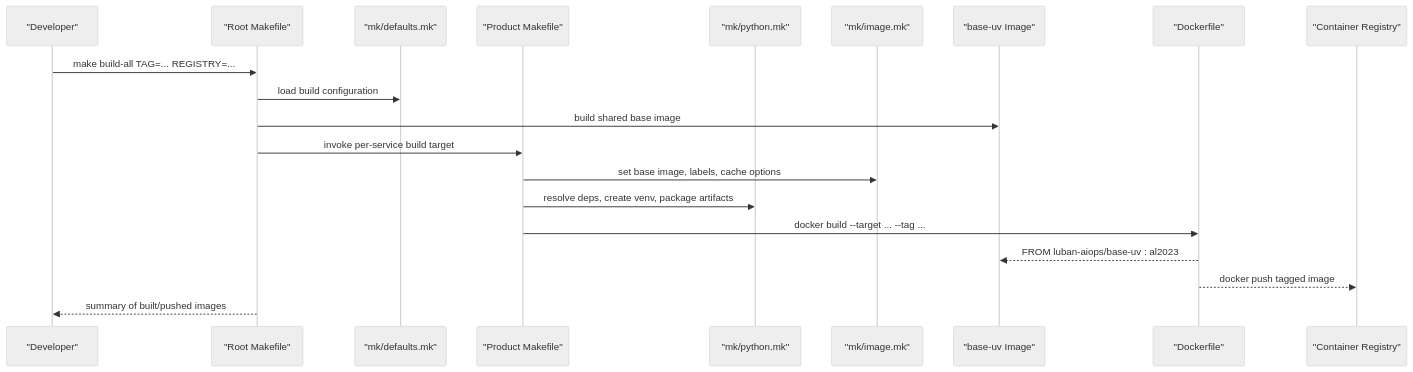
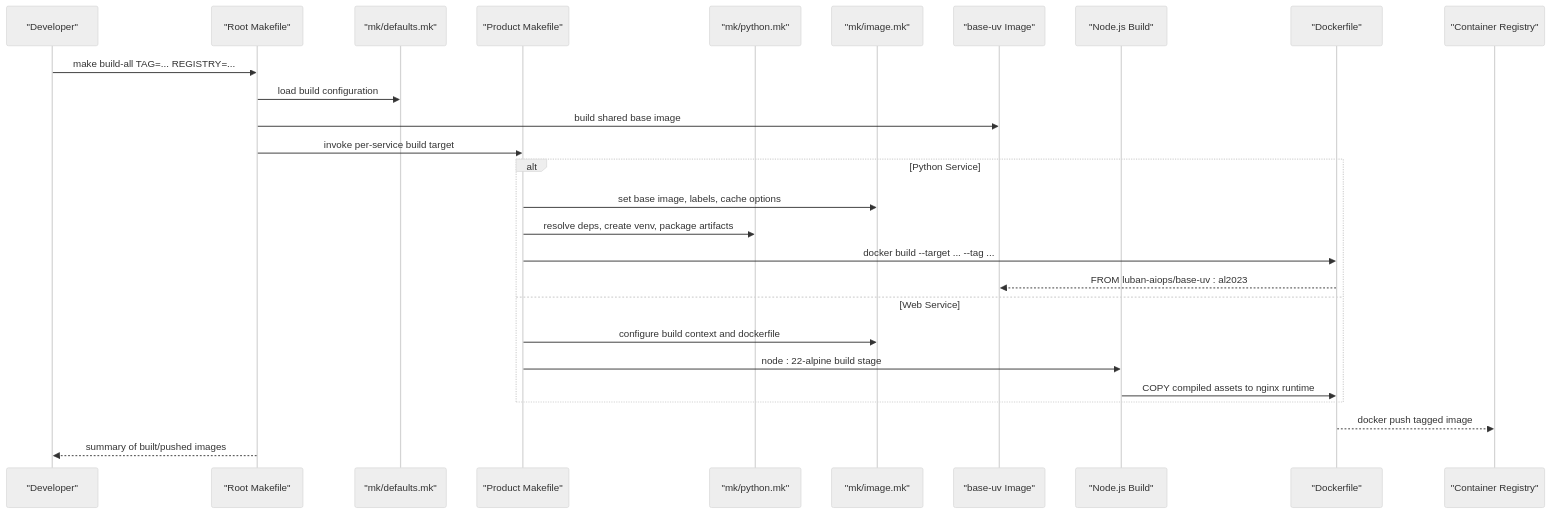
One commit to metasync/luban-aiops changed the second of 6 diagrams in .qoder/repowiki/en/content/Deployment and Operations/Container Build and Management.md. Above: the diagram before and after it, drawn with Mermaid (neutral theme). The commit also changed other lines of this file and 51 other files, not shown here.

````diff
--- a/.qoder/repowiki/en/content/Deployment and Operations/Container Build and Management.md
+++ b/.qoder/repowiki/en/content/Deployment and Operations/Container Build and Management.md
@@ -144,22 +141,29 @@
 ```mermaid
 sequenceDiagram
 participant Dev as "Developer"
 participant RootMk as "Root Makefile"
 participant Defaults as "mk/defaults.mk"
 participant SvcMk as "Product Makefile"
 participant PyMk as "mk/python.mk"
 participant ImgMk as "mk/image.mk"
 participant BaseImg as "base-uv Image"
+participant WebBuild as "Node.js Build"
 participant DF as "Dockerfile"
 participant Reg as "Container Registry"
 Dev->>RootMk : make build-all TAG=... REGISTRY=...
 RootMk->>Defaults : load build configuration
 RootMk->>BaseImg : build shared base image
 RootMk->>SvcMk : invoke per-service build target
+alt Python Service
 SvcMk->>ImgMk : set base image, labels, cache options
 SvcMk->>PyMk : resolve deps, create venv, package artifacts
 SvcMk->>DF : docker build --target ... --tag ...
 DF-->>BaseImg : FROM luban-aiops/base-uv : al2023
+else Web Service
+SvcMk->>ImgMk : configure build context and dockerfile
+SvcMk->>WebBuild : node : 22-alpine build stage
+WebBuild->>DF : COPY compiled assets to nginx runtime
+end
 DF-->>Reg : docker push tagged image
 RootMk-->>Dev : summary of built/pushed images
 ```
````
